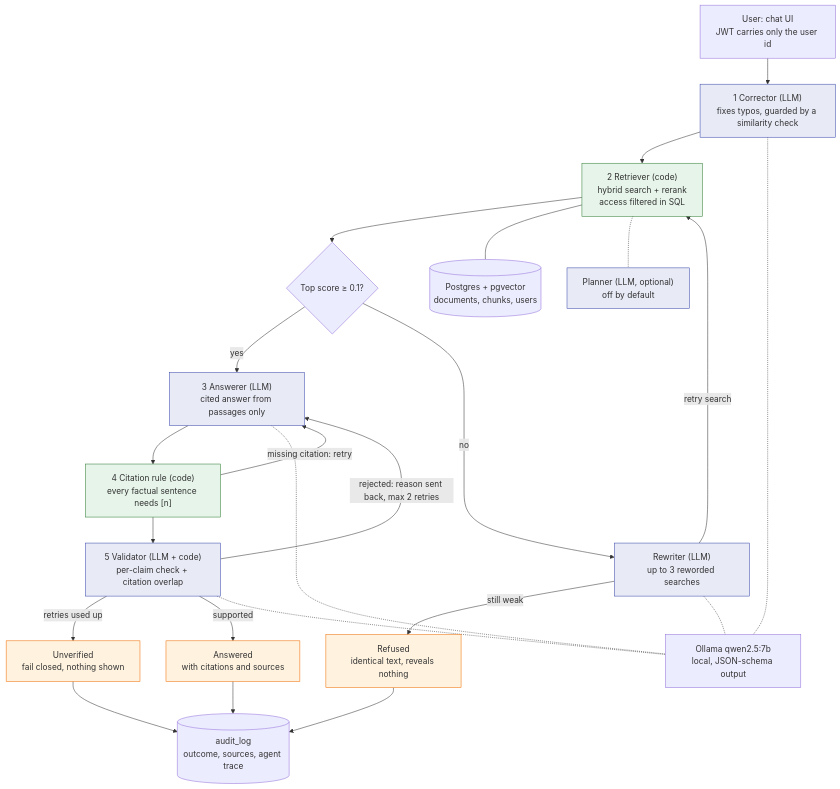
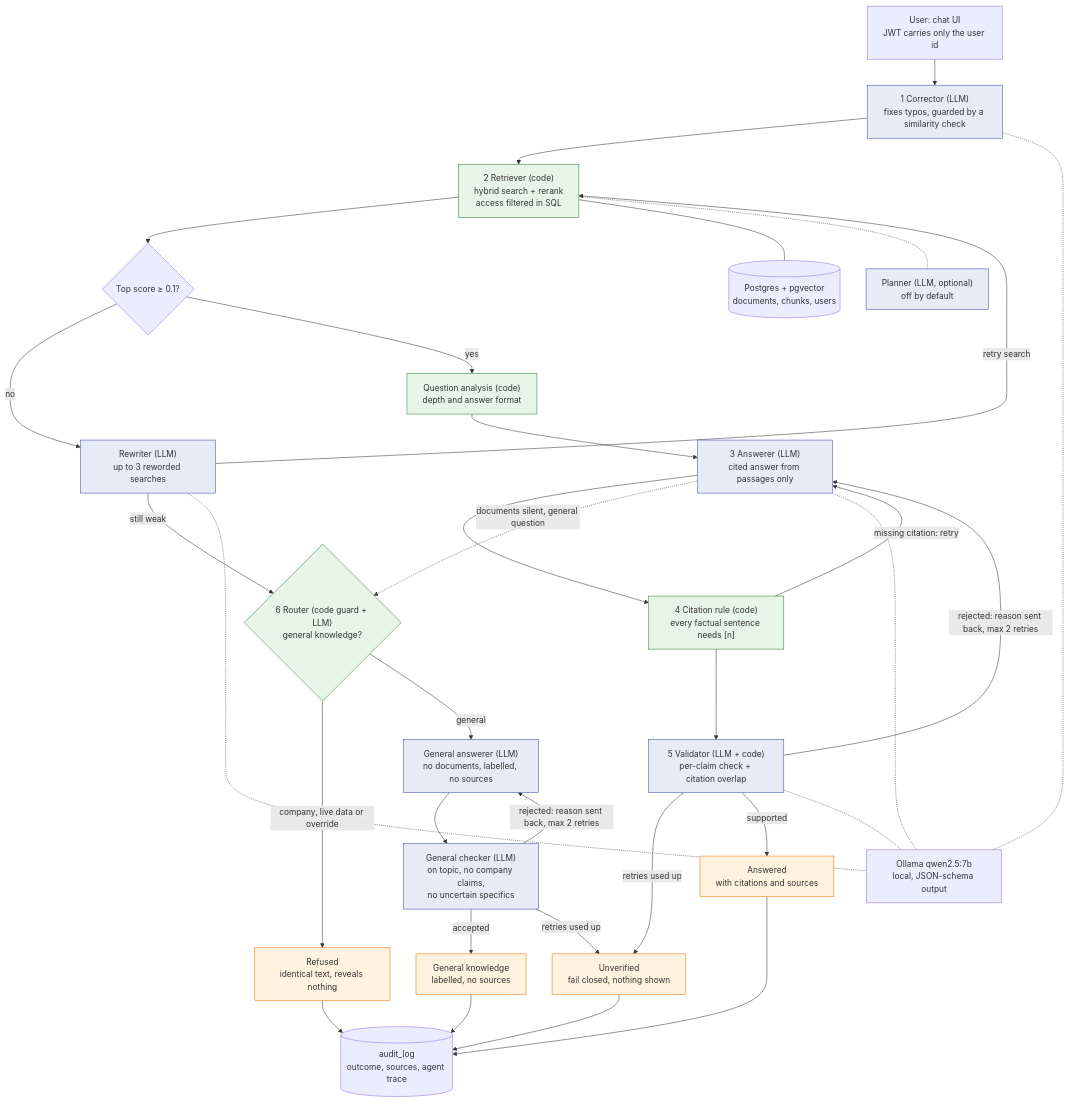
One commit to sanjeet207/enterprise-knowledge-ai changed the diagram in README.md. Above: the diagram before and after it, drawn with Mermaid. The commit also changed other lines of this file and 25 other files, not shown here.

Commit message:
Add question router, labelled general-knowledge path, question analysis, quickstart and smoke test, persistent reranker cache; evaluation 86/86 with 0 leaks

````diff
--- a/README.md
+++ b/README.md
@@ -25,45 +26,57 @@
 ```mermaid
 flowchart TB
   U["User: chat UI<br/>JWT carries only the user id"]
   C["1 Corrector (LLM)<br/>fixes typos, guarded by a similarity check"]
   R["2 Retriever (code)<br/>hybrid search + rerank<br/>access filtered in SQL"]
   T{"Top score ≥ 0.1?"}
   W["Rewriter (LLM)<br/>up to 3 reworded searches"]
   A["3 Answerer (LLM)<br/>cited answer from passages only"]
   CR["4 Citation rule (code)<br/>every factual sentence needs [n]"]
   V["5 Validator (LLM + code)<br/>per-claim check + citation overlap"]
+  RT{"6 Router (code guard + LLM)<br/>general knowledge?"}
+  G["General answerer (LLM)<br/>no documents, labelled, no sources"]
+  GC["General checker (LLM)<br/>on topic, no company claims,<br/>no uncertain specifics"]
+  GEN["General knowledge<br/>labelled, no sources"]
   REF["Refused<br/>identical text, reveals nothing"]
   UNV["Unverified<br/>fail closed, nothing shown"]
   OK["Answered<br/>with citations and sources"]
+  PRO["Question analysis (code)<br/>depth and answer format"]
   LOG[("audit_log<br/>outcome, sources, agent trace")]
   DB[("Postgres + pgvector<br/>documents, chunks, users")]
   LLM["Ollama qwen2.5:7b<br/>local, JSON-schema output"]
 
   U --> C --> R --> T
-  T -- yes --> A
   T -- no --> W
+  W -- "still weak" --> RT
   W -- "retry search" --> R
-  W -- "still weak" --> REF
   A --> CR
   CR -- "missing citation: retry" --> A
   CR --> V
   V -- "rejected: reason sent back, max 2 retries" --> A
   V -- "retries used up" --> UNV
   V -- supported --> OK
+  RT -- "company, live data or override" --> REF
+  RT -- general --> G --> GC
+  GC -- "rejected: reason sent back, max 2 retries" --> G
+  GC -- accepted --> GEN
+  GC -- "retries used up" --> UNV
+  A -. "documents silent, general question" .-> RT
+  GEN --> LOG
+  T -- yes --> PRO --> A
   OK --> LOG
   REF --> LOG
   UNV --> LOG
   R --- DB
   C -.- LLM
   A -.- LLM
   V -.- LLM
   W -.- LLM
   P["Planner (LLM, optional)<br/>off by default"]
   R -.- P
   classDef code fill:#e6f4ea,stroke:#2e7d32
   classDef llm fill:#e8eaf6,stroke:#3949ab
   classDef out fill:#fff3e0,stroke:#ef6c00
-  class R,CR code
-  class C,W,A,V,P llm
-  class REF,UNV,OK out
+  class R,CR,PRO,RT code
+  class C,W,A,V,P,G,GC llm
+  class REF,UNV,OK,GEN out
 ```
````
